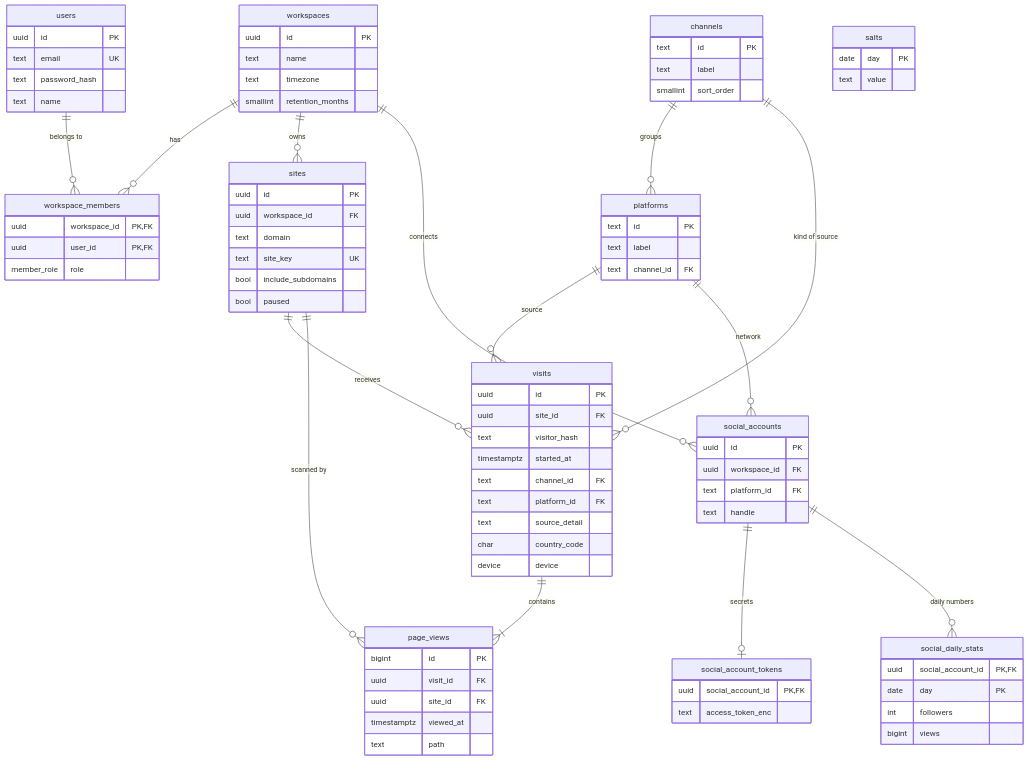
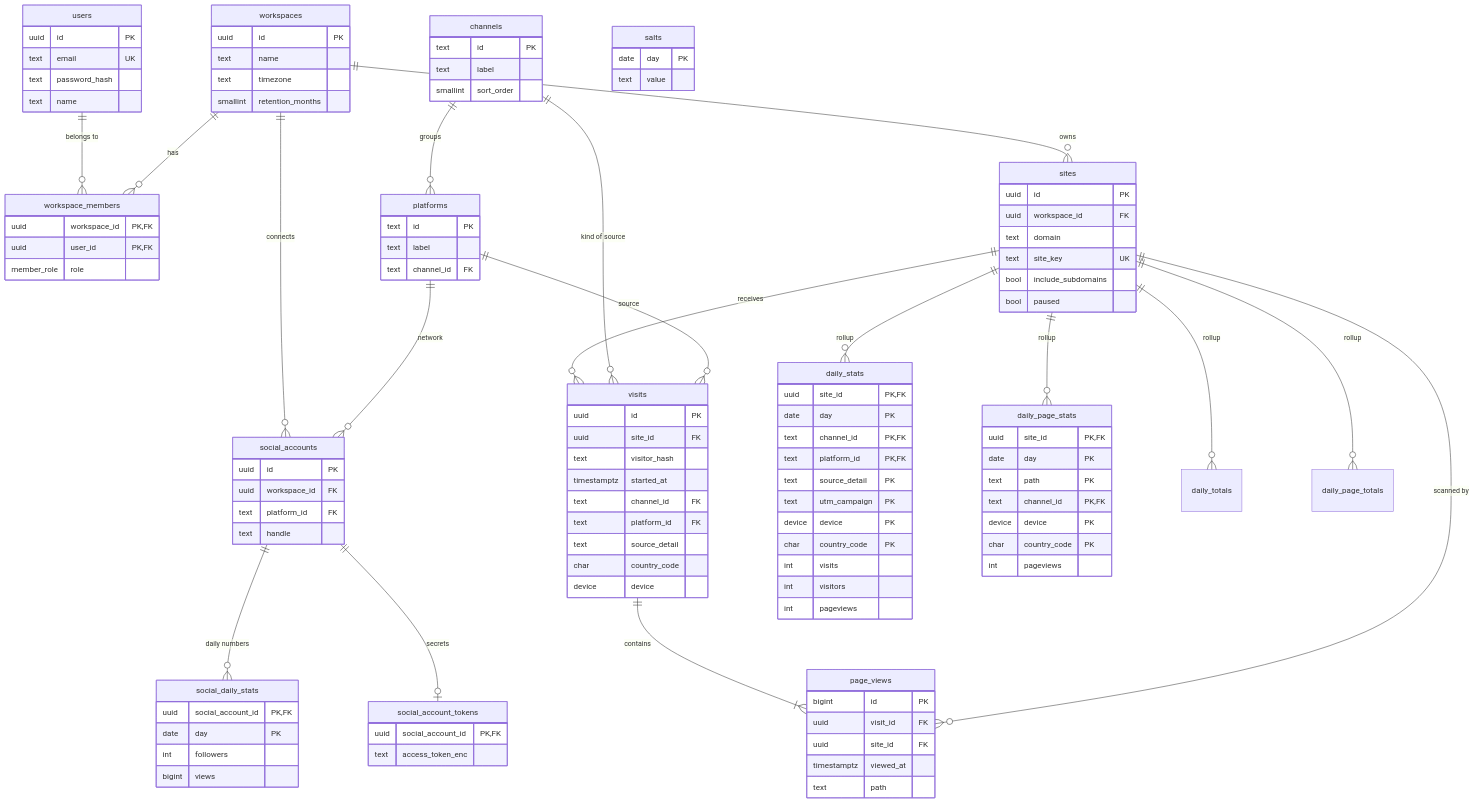
The diagram in docs/database.md (asadyaseen847/trackerlens), drawn with Mermaid before and after one commit. The commit also changed other lines of this file and 79 other files, not shown here.

````diff
--- a/docs/database.md
+++ b/docs/database.md
@@ -21,6 +24,10 @@
     platforms ||--o{ social_accounts : "network"
     social_accounts ||--o| social_account_tokens : "secrets"
     social_accounts ||--o{ social_daily_stats : "daily numbers"
+    sites ||--o{ daily_stats : "rollup"
+    sites ||--o{ daily_page_stats : "rollup"
+    sites ||--o{ daily_totals : "rollup"
+    sites ||--o{ daily_page_totals : "rollup"
 
     users {
         uuid id PK
@@ -95,4 +102,26 @@
         date day PK
         text value
     }
+    daily_stats {
+        uuid site_id PK,FK
+        date day PK
+        text channel_id PK,FK
+        text platform_id PK,FK
+        text source_detail PK
+        text utm_campaign PK
+        device device PK
+        char country_code PK
+        int visits
+        int visitors
+        int pageviews
+    }
+    daily_page_stats {
+        uuid site_id PK,FK
+        date day PK
+        text path PK
+        text channel_id PK,FK
+        device device PK
+        char country_code PK
+        int pageviews
+    }
 ```
````
